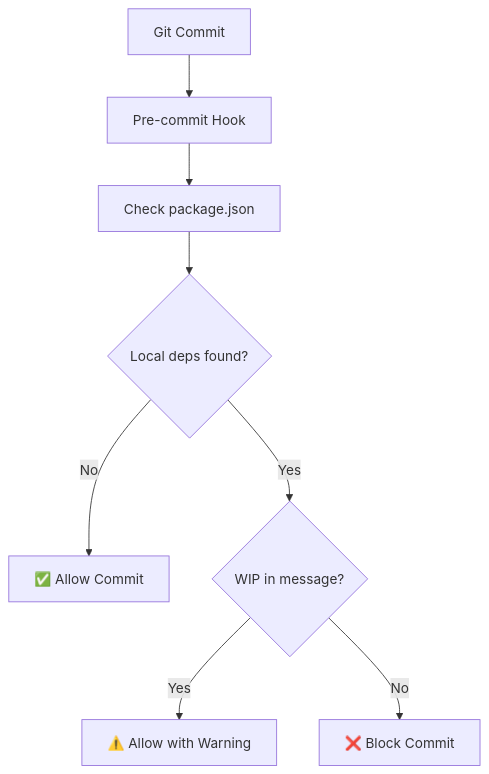
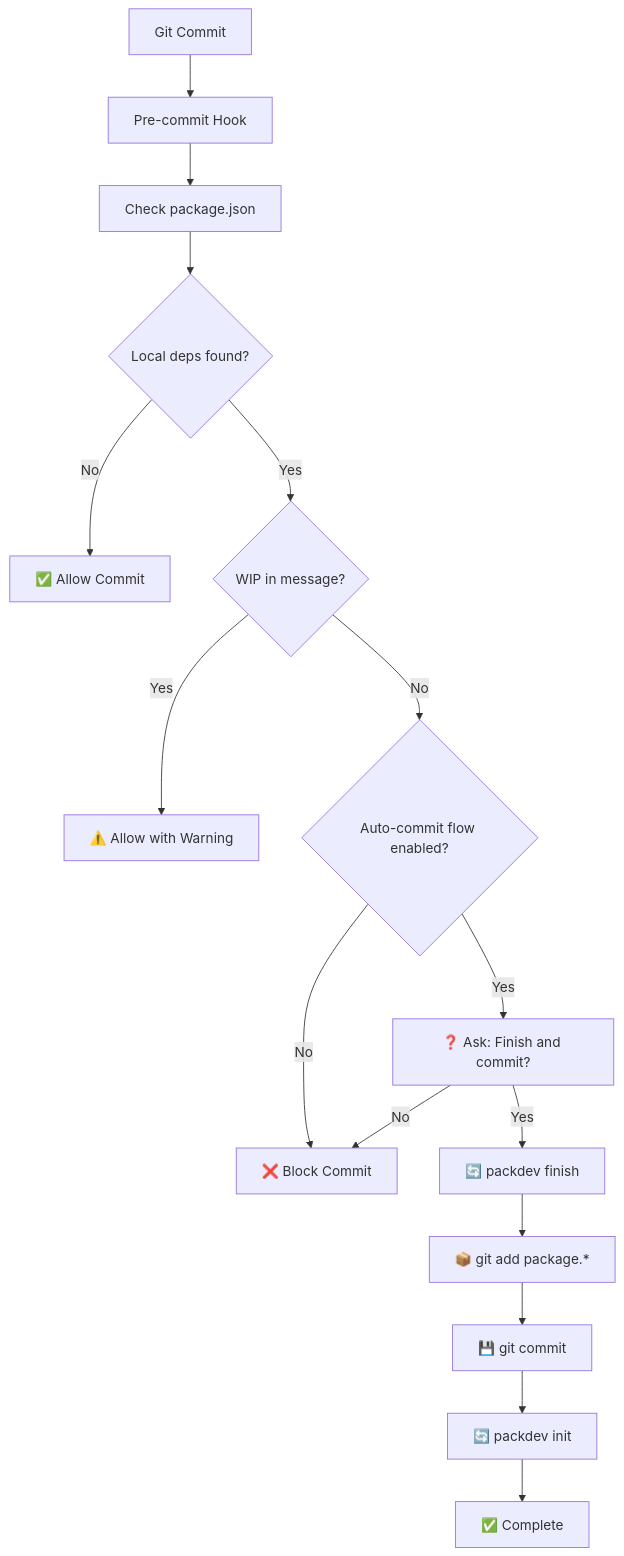
Before and after one commit to dionmaicon/packdev: the diagram in docs/GITHUB-HOOKS.md, drawn with Mermaid. The commit also changed other lines of this file and 23 other files, not shown here.

Commit message:
fix: iteractive auto-commit

````diff
--- a/docs/GITHUB-HOOKS.md
+++ b/docs/GITHUB-HOOKS.md
@@ -59,10 +65,18 @@
 ```mermaid
 graph TD
     A[Git Commit] --> B[Pre-commit Hook]
     B --> C[Check package.json]
     C --> D{Local deps found?}
     D -->|No| E[✅ Allow Commit]
     D -->|Yes| F{WIP in message?}
     F -->|Yes| G[⚠️ Allow with Warning]
-    F -->|No| H[❌ Block Commit]
+    F -->|No| H{Auto-commit flow enabled?}
+    H -->|No| I[❌ Block Commit]
+    H -->|Yes| J[❓ Ask: Finish and commit?]
+    J -->|No| I
+    J -->|Yes| K[🔄 packdev finish]
+    K --> L[📦 git add package.*]
+    L --> M[💾 git commit]
+    M --> N[🔄 packdev init]
+    N --> O[✅ Complete]
 ```
````
